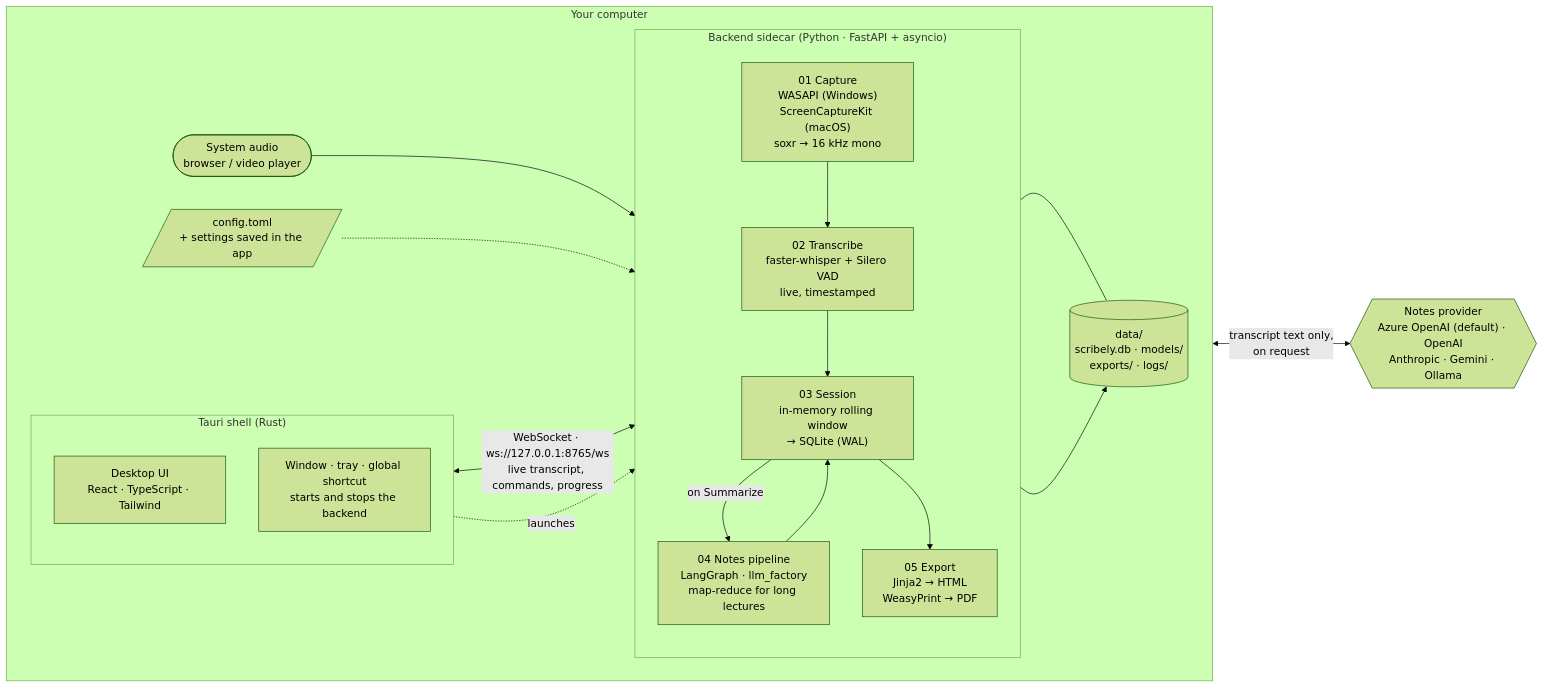
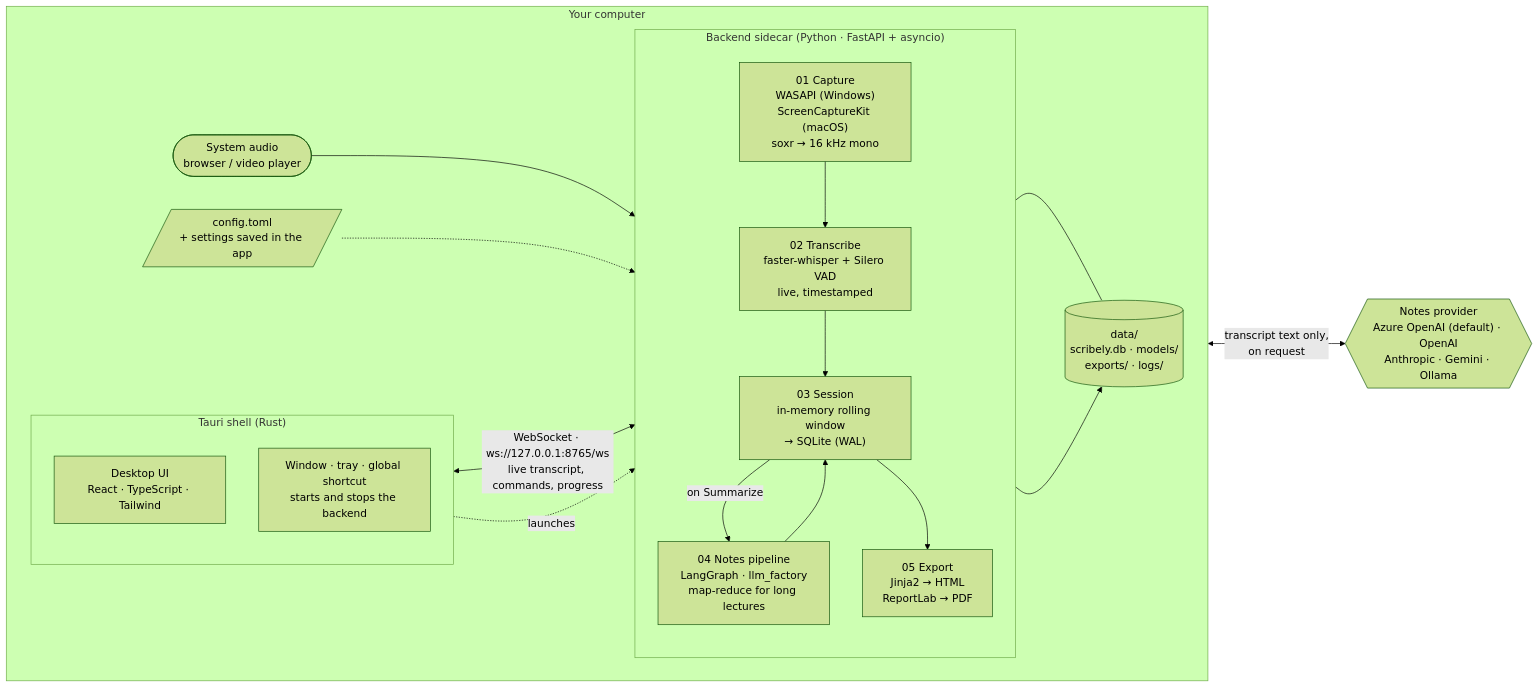
The diagram in README.md (arkapatra31/Scribely), drawn with Mermaid (forest theme) before and after one commit. The commit also changed other lines of this file and 23 other files, not shown here.

First line of the commit message:
PDF export with ReportLab: no Pango, no brew (#20)

````diff
--- a/README.md
+++ b/README.md
@@ -35,39 +35,39 @@
 ```mermaid
 flowchart LR
     subgraph Computer["Your computer"]
         direction LR
         Audio(["System audio<br/>browser / video player"])
 
         subgraph Shell["Tauri shell (Rust)"]
             direction TB
             UI["Desktop UI<br/>React · TypeScript · Tailwind"]
             Native["Window · tray · global shortcut<br/>starts and stops the backend"]
         end
 
         subgraph Backend["Backend sidecar (Python · FastAPI + asyncio)"]
             direction TB
             Capture["01 Capture<br/>WASAPI (Windows)<br/>ScreenCaptureKit (macOS)<br/>soxr → 16 kHz mono"]
             STT["02 Transcribe<br/>faster-whisper + Silero VAD<br/>live, timestamped"]
             Session["03 Session<br/>in-memory rolling window<br/>→ SQLite (WAL)"]
             Notes["04 Notes pipeline<br/>LangGraph · llm_factory<br/>map-reduce for long lectures"]
-            Export["05 Export<br/>Jinja2 → HTML<br/>WeasyPrint → PDF"]
+            Export["05 Export<br/>Jinja2 → HTML<br/>ReportLab → PDF"]
             Capture --> STT --> Session
             Session -->|on Summarize| Notes
             Notes --> Session
             Session --> Export
         end
 
         Data[("data/<br/>scribely.db · models/<br/>exports/ · logs/")]
         Config[/"config.toml<br/>+ settings saved in the app"/]
     end
 
     LLM{{"Notes provider<br/>Azure OpenAI (default) · OpenAI<br/>Anthropic · Gemini · Ollama"}}
 
     Audio --> Capture
     UI <-->|"WebSocket · ws://127.0.0.1:8765/ws<br/>live transcript, commands, progress"| Backend
     Native -. launches .-> Backend
     Session --- Data
     Export --> Data
     Config -.-> Backend
     Notes <-->|"transcript text only,<br/>on request"| LLM
 ```
````
